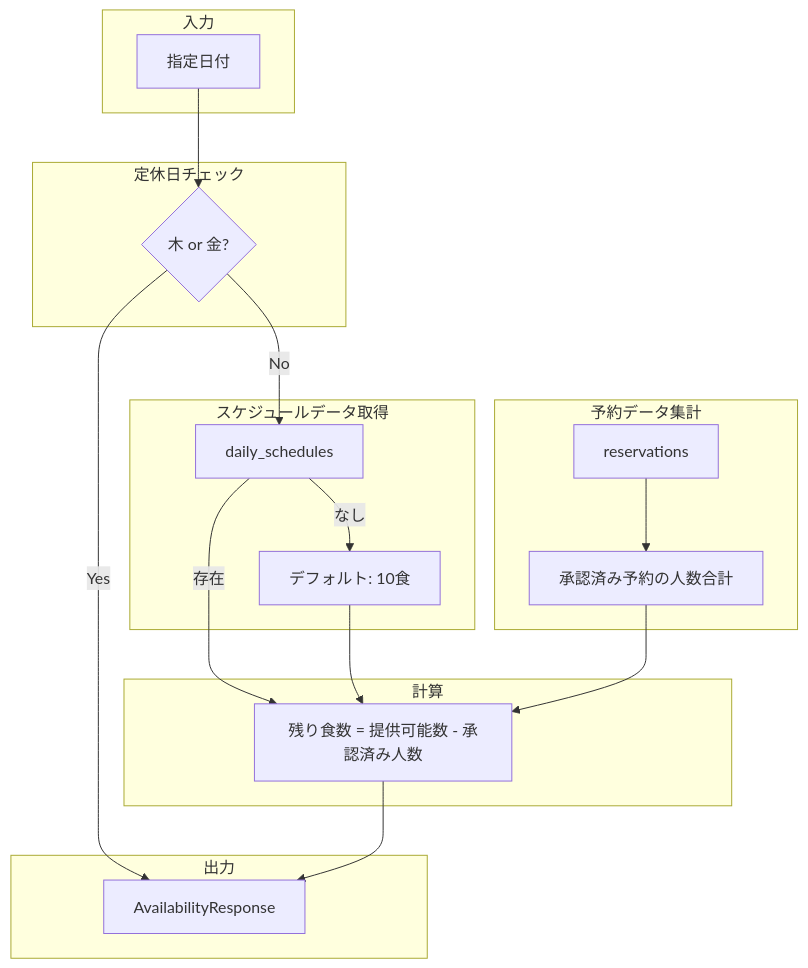
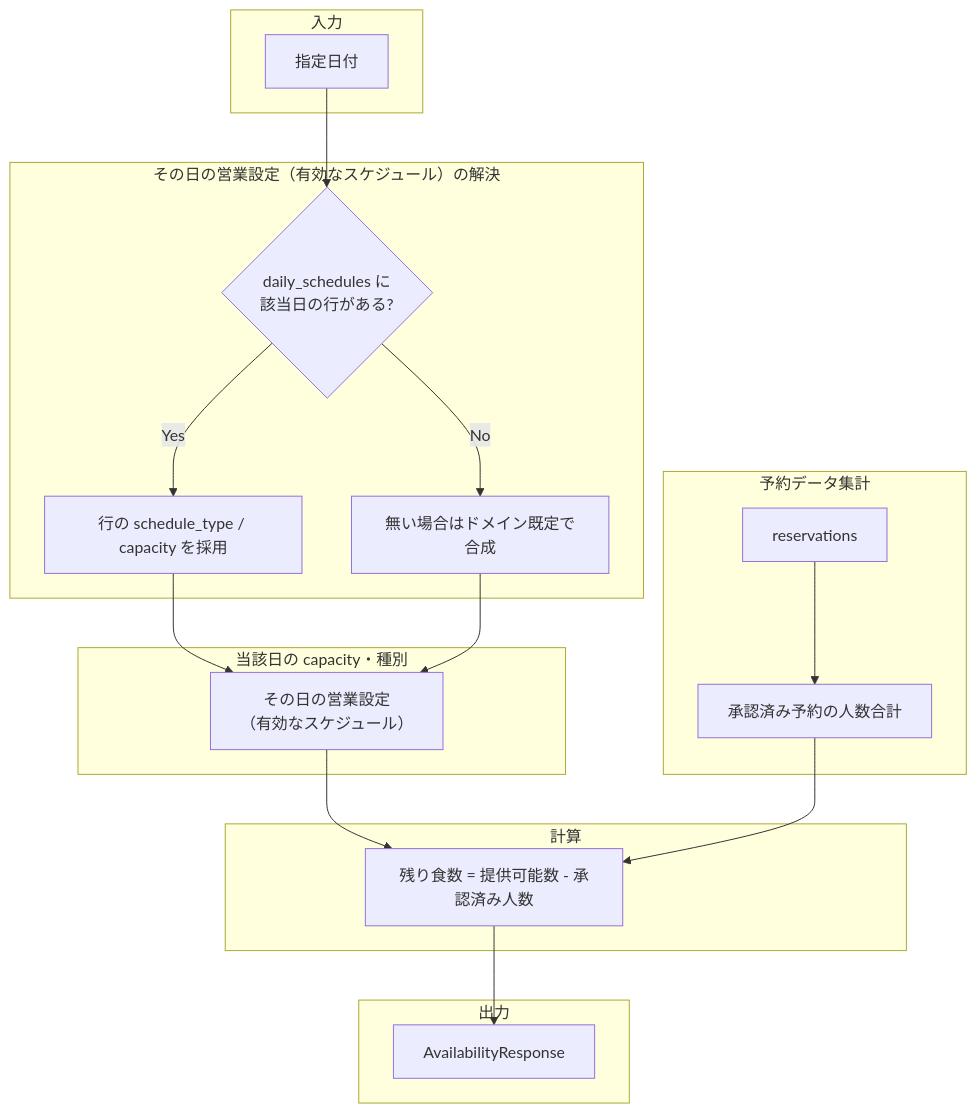
Before and after one commit to cergijame101007/satehits: the third of 9 diagrams in docs/data_flow.md, drawn with Mermaid. The commit also changed other lines of this file and 30 other files, not shown here.

First line of the commit message:
feat: 予約作成・一覧APIの拡張とschema_migrations移行 (#7)

````diff
--- a/docs/data_flow.md
+++ b/docs/data_flow.md
@@ -92,36 +94,36 @@
 ```mermaid
 flowchart TB
     subgraph Input[入力]
         Date[指定日付]
     end
 
-    subgraph HolidayCheck[定休日チェック]
-        IsHoliday{木 or 金?}
+    subgraph Resolve[その日の営業設定（有効なスケジュール）の解決]
+        RowExists{daily_schedules に<br/>該当日の行がある?}
+        FromRow[行の schedule_type / capacity を採用]
+        FromDefault[無い場合はドメイン既定で合成]
     end
 
-    subgraph ScheduleData[スケジュールデータ取得]
-        Schedule[daily_schedules]
-        DefaultCapacity[デフォルト: 10食]
+    subgraph Effective[当該日の capacity・種別]
+        Eff[その日の営業設定<br/>（有効なスケジュール）]
     end
 
     subgraph ReservationData[予約データ集計]
         Reservations[reservations]
         SumPeople[承認済み予約の人数合計]
     end
 
     subgraph Calculation[計算]
         Calc[残り食数 = 提供可能数 - 承認済み人数]
     end
 
     subgraph Output[出力]
         Result[AvailabilityResponse]
     end
 
-    Date --> IsHoliday
-    IsHoliday -->|Yes| Result
-    IsHoliday -->|No| Schedule
-    Schedule -->|存在| Calc
-    Schedule -->|なし| DefaultCapacity --> Calc
+    Date --> RowExists
+    RowExists -->|Yes| FromRow --> Eff
+    RowExists -->|No| FromDefault --> Eff
+    Eff --> Calc
     Reservations --> SumPeople --> Calc
     Calc --> Result
 ```
````
